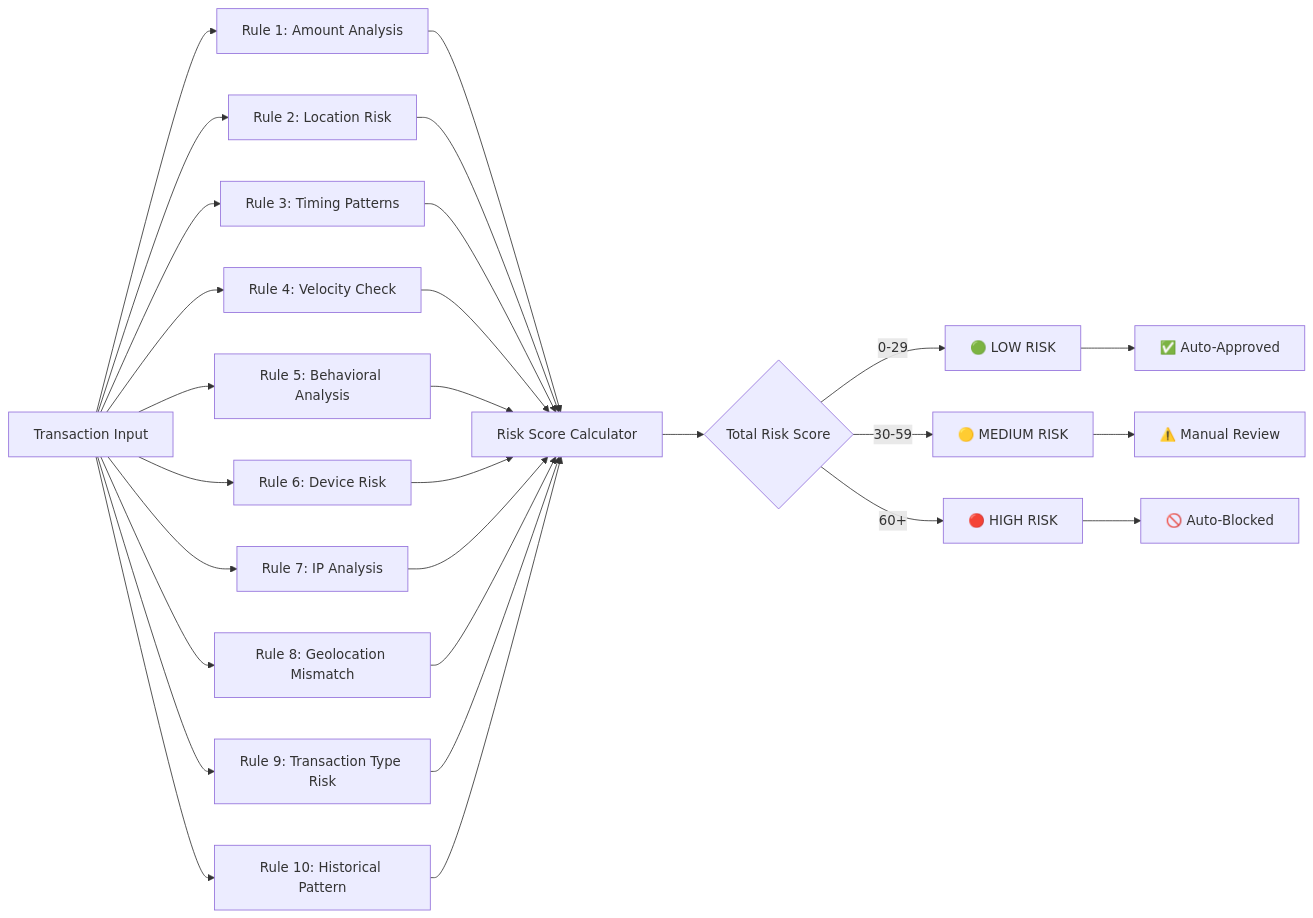
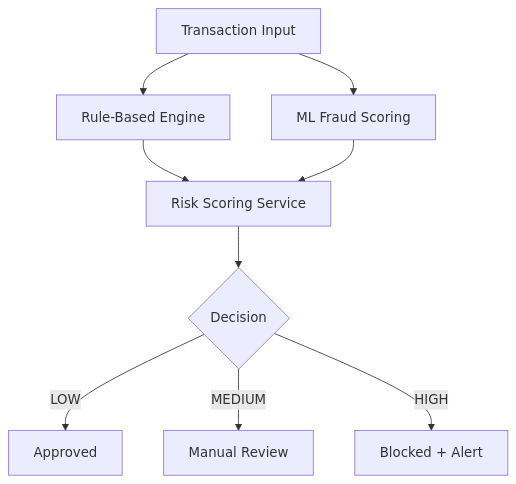
The fourth of 5 diagrams in README.md (sreeraksha0123/DIGITAL_BANKING_FRAUD_DETECTION_AND_SIMULATION_ENGINE), drawn with Mermaid before and after one commit. The commit also changed other lines of this file, not shown here.

First line of the commit message:
Revise README for digital banking fraud detection project

````diff
--- a/README.md
+++ b/README.md
@@ -176,34 +197,18 @@
 ```mermaid
-graph LR
-    A[Transaction Input] --> B[Rule 1: Amount Analysis]
-    A --> C[Rule 2: Location Risk]
-    A --> D[Rule 3: Timing Patterns]
-    A --> E[Rule 4: Velocity Check]
-    A --> F[Rule 5: Behavioral Analysis]
-    A --> G[Rule 6: Device Risk]
-    A --> H[Rule 7: IP Analysis]
-    A --> I[Rule 8: Geolocation Mismatch]
-    A --> J[Rule 9: Transaction Type Risk]
-    A --> K[Rule 10: Historical Pattern]
-    
-    B --> L[Risk Score Calculator]
-    C --> L
-    D --> L
-    E --> L
-    F --> L
-    G --> L
-    H --> L
-    I --> L
-    J --> L
-    K --> L
-    
-    L --> M{Total Risk Score}
-    
-    M -->|0-29| N[🟢 LOW RISK]
-    M -->|30-59| O[🟡 MEDIUM RISK]
-    M -->|60+| P[🔴 HIGH RISK]
-    
-    N --> Q[✅ Auto-Approved]
-    O --> R[⚠️ Manual Review]
-    P --> S[🚫 Auto-Blocked]
+graph TD
+    T[Transaction Input]
+    R[Rule-Based Engine]
+    M[ML Fraud Scoring]
+    S[Risk Scoring Service]
+    D{Decision}
+
+    T --> R
+    T --> M
+    R --> S
+    M --> S
+    S --> D
+
+    D -->|LOW| A[Approved]
+    D -->|MEDIUM| B[Manual Review]
+    D -->|HIGH| C[Blocked + Alert]
 ```
````
